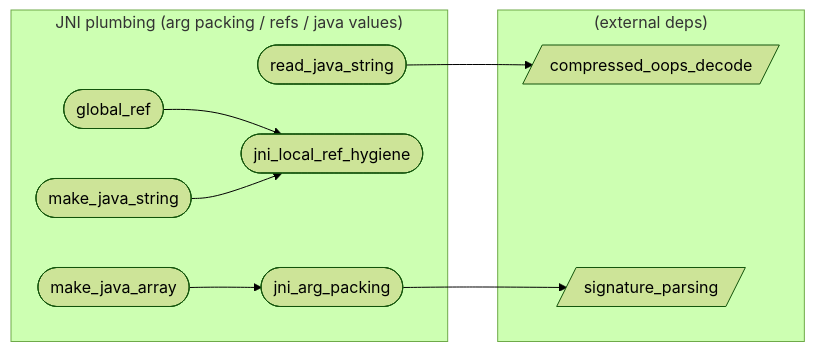
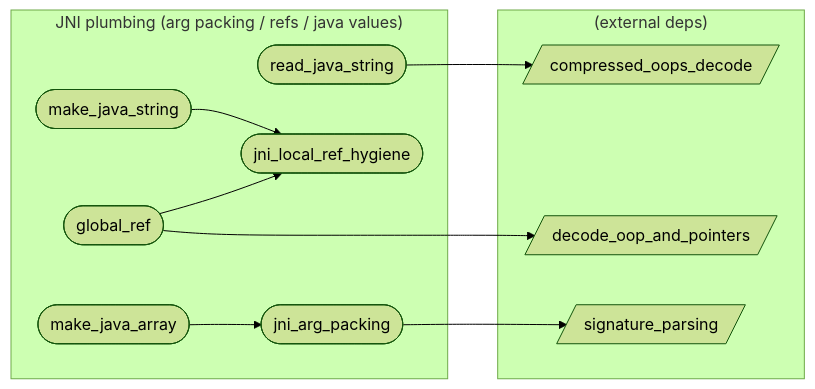
The diagram in audit/graph/categories/jni.md (xxxnpno/VMHook), drawn with Mermaid (forest theme) before and after one commit. The commit also changed other lines of this file and 19 other files, not shown here.

First line of the commit message:
docs(audit/features): enrich global_ref, jni_local_ref_hygiene, klass_introspection, vmstructs_offset_resolution, os_safe_read

````diff
--- a/audit/graph/categories/jni.md
+++ b/audit/graph/categories/jni.md
@@ -23,20 +23,22 @@
 ```mermaid
 flowchart LR
   subgraph jni["JNI plumbing (arg packing / refs / java values)"]
     global_ref([global_ref])
     jni_arg_packing([jni_arg_packing])
     jni_local_ref_hygiene([jni_local_ref_hygiene])
     make_java_array([make_java_array])
     make_java_string([make_java_string])
     read_java_string([read_java_string])
   end
   subgraph external["(external deps)"]
     compressed_oops_decode[/compressed_oops_decode/]
+    decode_oop_and_pointers[/decode_oop_and_pointers/]
     signature_parsing[/signature_parsing/]
   end
   global_ref --> jni_local_ref_hygiene
+  global_ref --> decode_oop_and_pointers
   jni_arg_packing --> signature_parsing
   make_java_array --> jni_arg_packing
   make_java_string --> jni_local_ref_hygiene
   read_java_string --> compressed_oops_decode
 ```
````
